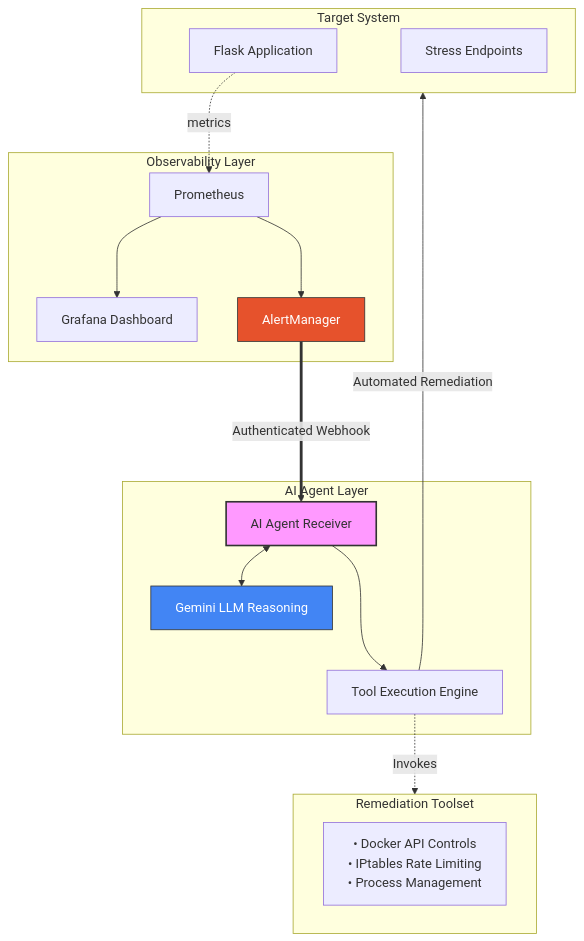
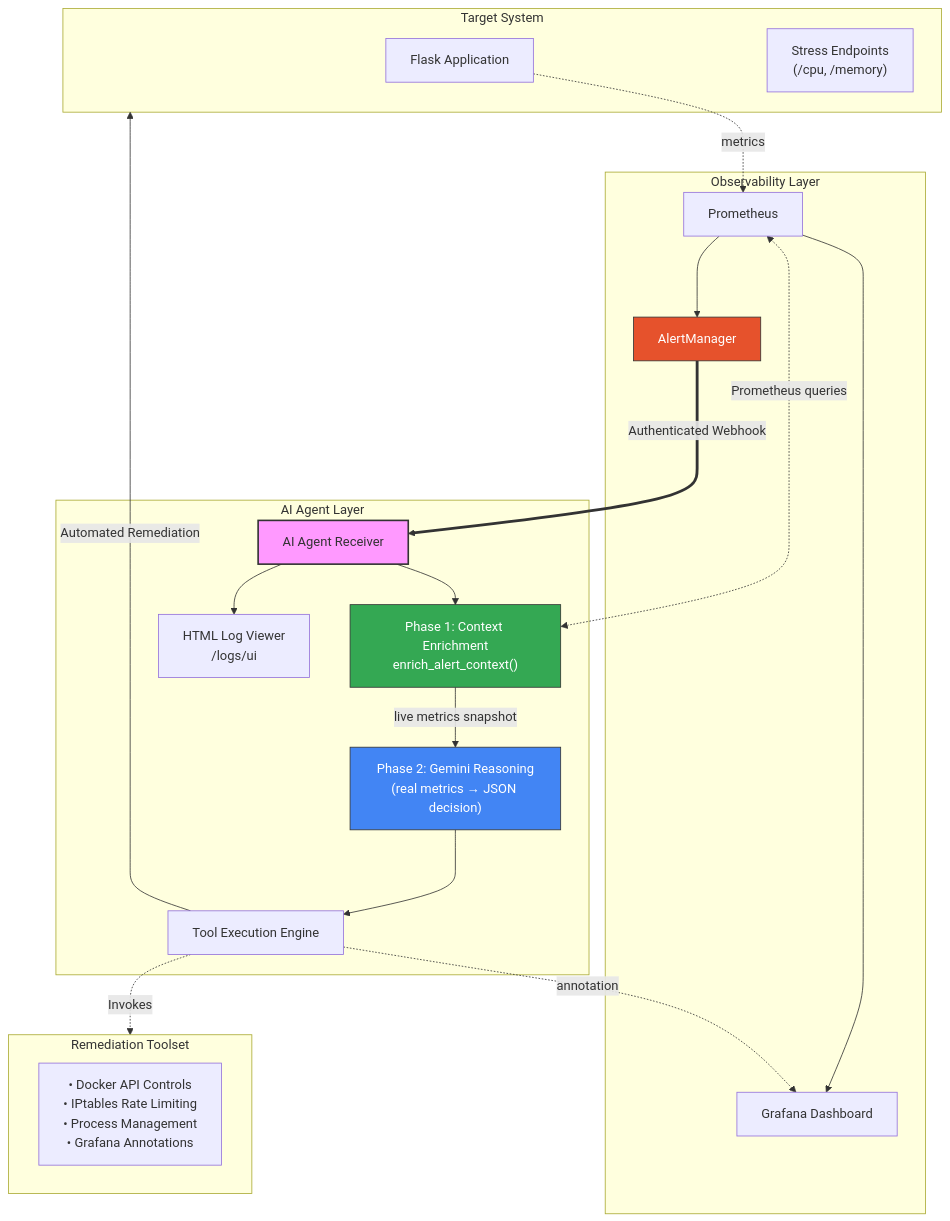
One commit to mquangpham575/AiOps changed the diagram in README.md. Above: the diagram before and after it, drawn with Mermaid. The commit also changed other lines of this file and 1 other file, not shown here.

First line of the commit message:
docs: update README to reflect two-phase AI pipeline, 4th scenario, and demo_runner

````diff
--- a/README.md
+++ b/README.md
@@ -114,36 +116,43 @@
 ```mermaid
 graph TB
     subgraph TS ["Target System"]
         App["Flask Application"]
-        Stress["Stress Endpoints"]
+        Stress["Stress Endpoints\n(/cpu, /memory)"]
     end
 
     subgraph OL ["Observability Layer"]
         Prom["Prometheus"]
         Graf["Grafana Dashboard"]
         AM["AlertManager"]
     end
 
     subgraph AL ["AI Agent Layer"]
         Agent["AI Agent Receiver"]
-        LLM["Gemini LLM Reasoning"]
+        Enrich["Phase 1: Context Enrichment\nenrich_alert_context()"]
+        LLM["Phase 2: Gemini Reasoning\n(real metrics → JSON decision)"]
         Exec["Tool Execution Engine"]
+        LogUI["HTML Log Viewer\n/logs/ui"]
     end
 
     subgraph RT ["Remediation Toolset"]
-        Tools["• Docker API Controls<br/>• IPtables Rate Limiting<br/>• Process Management"]
+        Tools["• Docker API Controls<br/>• IPtables Rate Limiting<br/>• Process Management<br/>• Grafana Annotations"]
     end
 
     App -.->|metrics| Prom
     Prom ---> Graf
     Prom ---> AM
     AM ===>|Authenticated Webhook| Agent
-    Agent <--> LLM
-    Agent ---> Exec
+    Agent --> Enrich
+    Enrich -->|live metrics snapshot| LLM
+    Enrich <-.->|Prometheus queries| Prom
+    LLM ---> Exec
     Exec ---->|Automated Remediation| TS
     Exec -.->|Invokes| RT
+    Exec -.->|annotation| Graf
+    Agent --> LogUI
 
     style Agent fill:#f9f,stroke:#333,stroke-width:2px
     style LLM fill:#4285F4,color:#fff,stroke:#333
+    style Enrich fill:#34A853,color:#fff,stroke:#333
     style AM fill:#E6522C,color:#fff,stroke:#333
 ```
````
